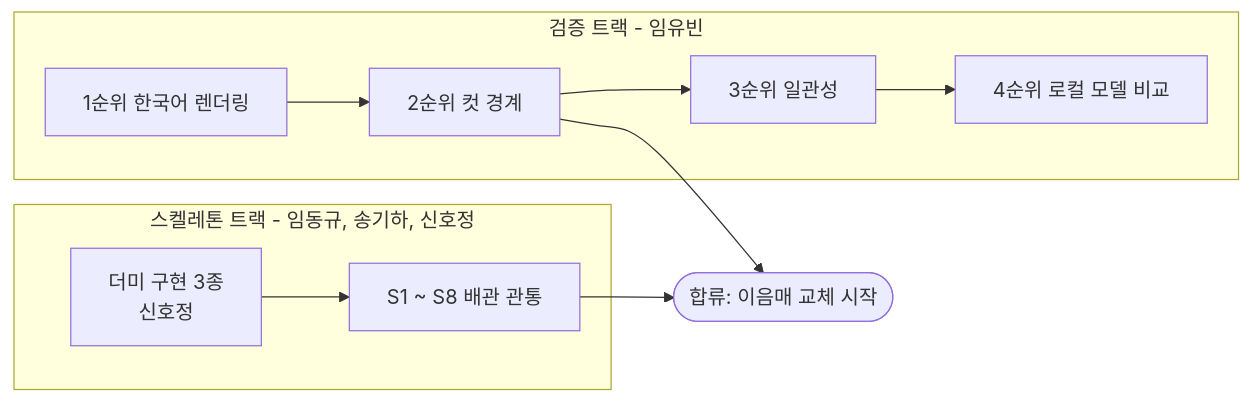
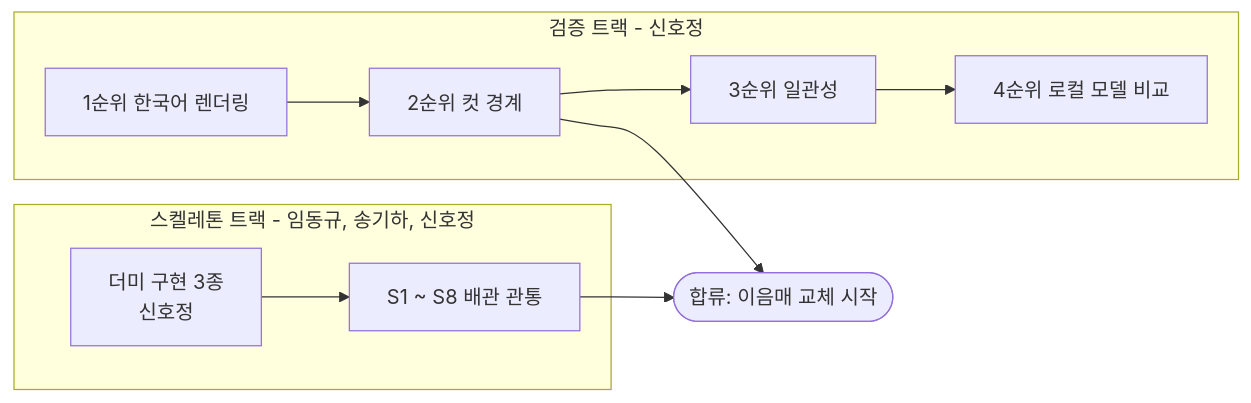
Before and after one commit to Codeit-AI10-Part4-3Team/AI10-Part4-3Team-Advanced-Project: the diagram in docs/공통_가이드/구현_범위.md, drawn with Mermaid. The commit also changed other lines of this file and 18 other files, not shown here.

First line of the commit message:
docs: 역할 재배정 반영 - 임유빈 하차, 03 신호정 / 04 정승호 (#95)

````diff
--- a/docs/공통_가이드/구현_범위.md
+++ b/docs/공통_가이드/구현_범위.md
@@ -136,16 +149,16 @@
 ```mermaid
 flowchart LR
     subgraph T1["스켈레톤 트랙 - 임동규, 송기하, 신호정"]
         D["더미 구현 3종<br/>신호정"] --> S["S1 ~ S8 배관 관통"]
     end
-    subgraph T2["검증 트랙 - 임유빈"]
+    subgraph T2["검증 트랙 - 신호정"]
         V1["1순위 한국어 렌더링"]
         V2["2순위 컷 경계"]
         V3["3순위 일관성"]
         V4["4순위 로컬 모델 비교"]
     end
 
     V1 --> V2 --> V3 --> V4
     S --> JOIN(["합류: 이음매 교체 시작"])
     V2 --> JOIN
 ```
````
